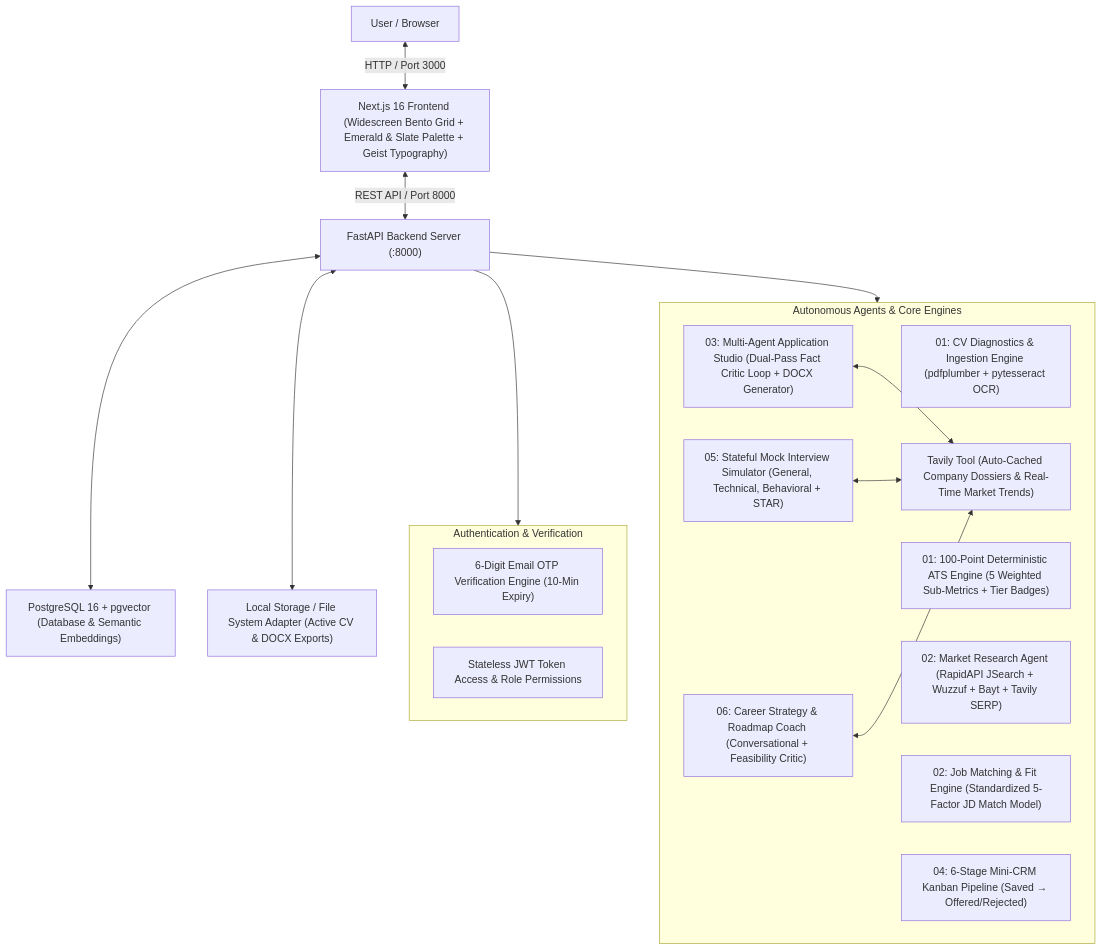
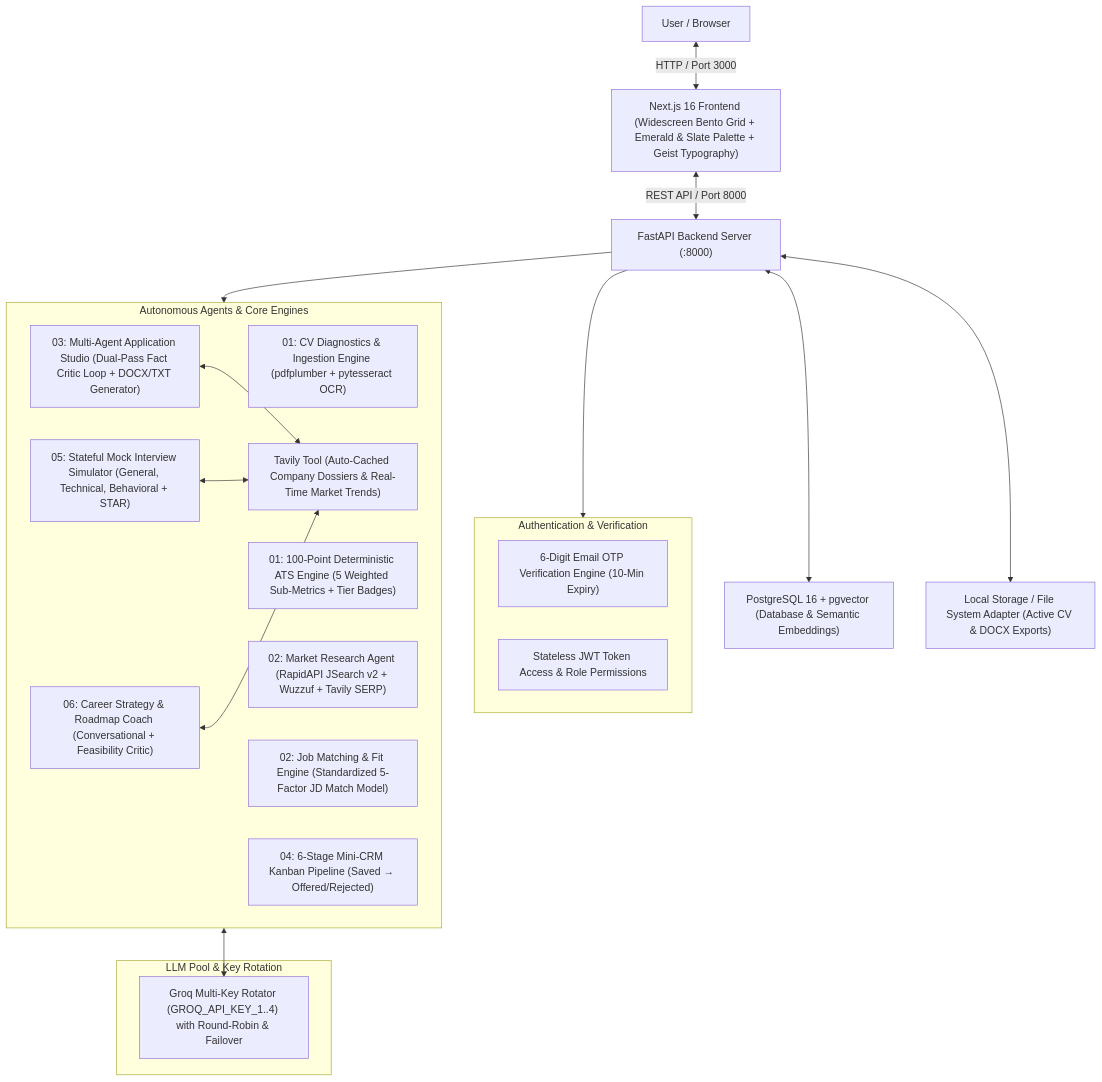
One commit to Mostafa710/career-copilot changed the first of 8 diagrams in docs/architecture_flowcharts.md. Above: the diagram before and after it, drawn with Mermaid. The commit also changed other lines of this file and 4 other files, not shown here.

Commit message:
docs: update README, architecture flowcharts, schema, and implementation plan to reflect multi-key Groq, JSearch v2, and latest features

````diff
--- a/docs/architecture_flowcharts.md
+++ b/docs/architecture_flowcharts.md
@@ -9,32 +9,37 @@
 ```mermaid
 flowchart TD
     User["User / Browser"] <-->|HTTP / Port 3000| NextFrontend["Next.js 16 Frontend (Widescreen Bento Grid + Emerald & Slate Palette + Geist Typography)"]
     NextFrontend <-->|REST API / Port 8000| FastApiServer["FastAPI Backend Server (:8000)"]
     
     SharedDB["PostgreSQL 16 + pgvector (Database & Semantic Embeddings)"]
     LocalStorage["Local Storage / File System Adapter (Active CV & DOCX Exports)"]
 
     FastApiServer <--> SharedDB
     FastApiServer <--> LocalStorage
 
     subgraph SecurityLayer ["Authentication & Verification"]
         Auth_OTP["6-Digit Email OTP Verification Engine (10-Min Expiry)"]
         Auth_JWT["Stateless JWT Token Access & Role Permissions"]
     end
 
+    subgraph LLMLayer ["LLM Pool & Key Rotation"]
+        GroqRotator["Groq Multi-Key Rotator (GROQ_API_KEY_1..4) with Round-Robin & Failover"]
+    end
+
     subgraph AgentsLayer ["Autonomous Agents & Core Engines"]
         Agent_CV["01: CV Diagnostics & Ingestion Engine (pdfplumber + pytesseract OCR)"]
         ATS_Gen["01: 100-Point Deterministic ATS Engine (5 Weighted Sub-Metrics + Tier Badges)"]
-        Agent_MR["02: Market Research Agent (RapidAPI JSearch + Wuzzuf + Bayt + Tavily SERP)"]
+        Agent_MR["02: Market Research Agent (RapidAPI JSearch v2 + Wuzzuf + Tavily SERP)"]
         Agent_JM["02: Job Matching & Fit Engine (Standardized 5-Factor JD Match Model)"]
-        Agent_APP["03: Multi-Agent Application Studio (Dual-Pass Fact Critic Loop + DOCX Generator)"]
+        Agent_APP["03: Multi-Agent Application Studio (Dual-Pass Fact Critic Loop + DOCX/TXT Generator)"]
         Agent_CRM["04: 6-Stage Mini-CRM Kanban Pipeline (Saved → Offered/Rejected)"]
         Agent_INT["05: Stateful Mock Interview Simulator (General, Technical, Behavioral + STAR)"]
         Agent_CR["06: Career Strategy & Roadmap Coach (Conversational + Feasibility Critic)"]
         Tool_Tavily["Tavily Tool (Auto-Cached Company Dossiers & Real-Time Market Trends)"]
     end
 
     FastApiServer --> SecurityLayer
     FastApiServer --> AgentsLayer
+    AgentsLayer <--> GroqRotator
     Agent_APP & Agent_INT & Agent_CR <--> Tool_Tavily
 ```
````
